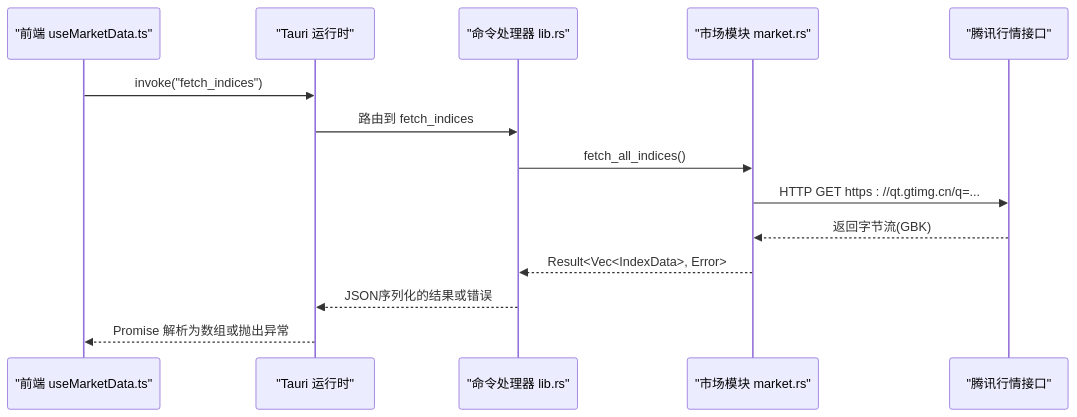
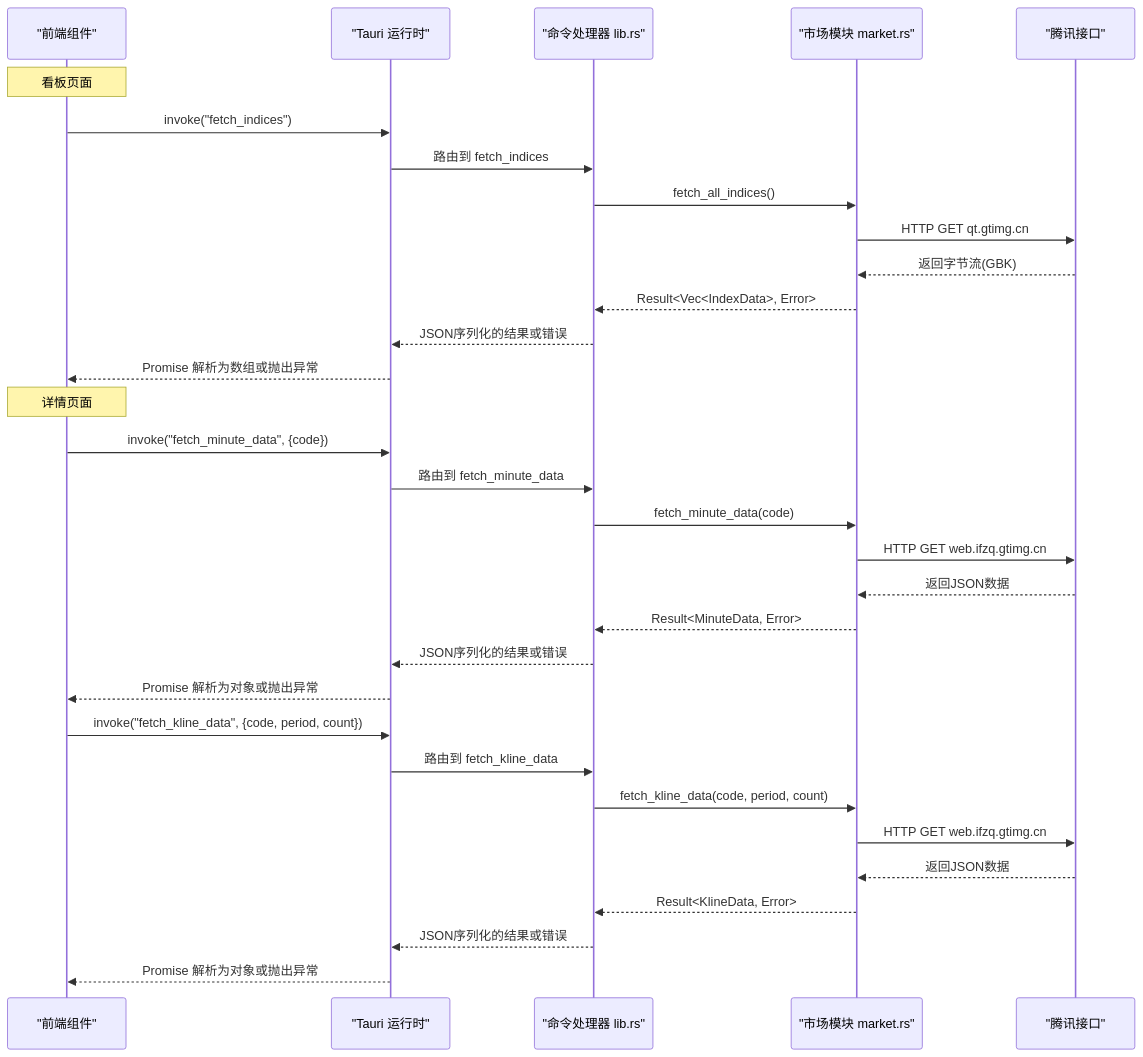
The second of 7 diagrams in .qoder/repowiki/zh/content/后端开发/Tauri命令接口.md (jiashaoying/hq-kanban-app), drawn with Mermaid before and after one commit. The commit also changed other lines of this file and 7 other files, not shown here.

````diff
--- a/.qoder/repowiki/zh/content/后端开发/Tauri命令接口.md
+++ b/.qoder/repowiki/zh/content/后端开发/Tauri命令接口.md
@@ -82,16 +116,34 @@
 ```mermaid
 sequenceDiagram
-participant FE as "前端 useMarketData.ts"
+participant FE as "前端组件"
 participant TAURI as "Tauri 运行时"
 participant CMD as "命令处理器 lib.rs"
 participant MK as "市场模块 market.rs"
-participant API as "腾讯行情接口"
+participant API as "腾讯接口"
+Note over FE : 看板页面
 FE->>TAURI : invoke("fetch_indices")
 TAURI->>CMD : 路由到 fetch_indices
 CMD->>MK : fetch_all_indices()
-MK->>API : HTTP GET https : //qt.gtimg.cn/q=...
+MK->>API : HTTP GET qt.gtimg.cn
 API-->>MK : 返回字节流(GBK)
 MK-->>CMD : Result<Vec<IndexData>, Error>
 CMD-->>TAURI : JSON序列化的结果或错误
 TAURI-->>FE : Promise 解析为数组或抛出异常
+Note over FE : 详情页面
+FE->>TAURI : invoke("fetch_minute_data", {code})
+TAURI->>CMD : 路由到 fetch_minute_data
+CMD->>MK : fetch_minute_data(code)
+MK->>API : HTTP GET web.ifzq.gtimg.cn
+API-->>MK : 返回JSON数据
+MK-->>CMD : Result<MinuteData, Error>
+CMD-->>TAURI : JSON序列化的结果或错误
+TAURI-->>FE : Promise 解析为对象或抛出异常
+FE->>TAURI : invoke("fetch_kline_data", {code, period, count})
+TAURI->>CMD : 路由到 fetch_kline_data
+CMD->>MK : fetch_kline_data(code, period, count)
+MK->>API : HTTP GET web.ifzq.gtimg.cn
+API-->>MK : 返回JSON数据
+MK-->>CMD : Result<KlineData, Error>
+CMD-->>TAURI : JSON序列化的结果或错误
+TAURI-->>FE : Promise 解析为对象或抛出异常
 ```
````
